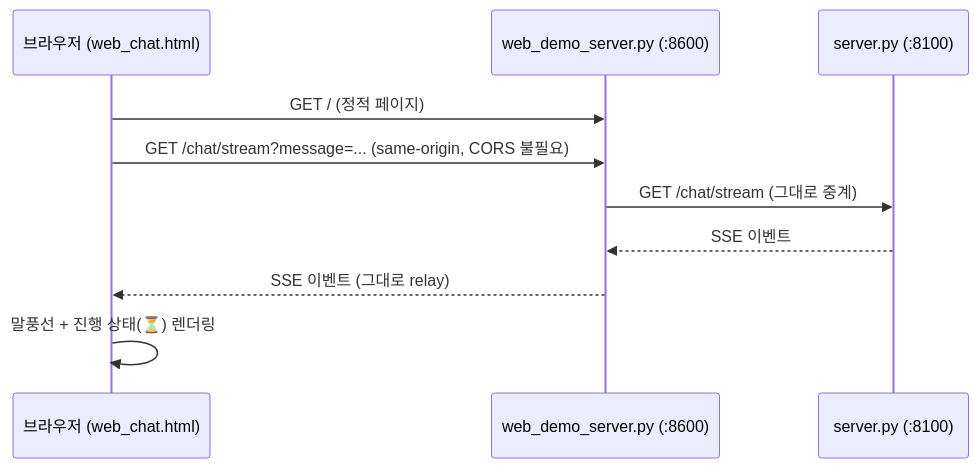
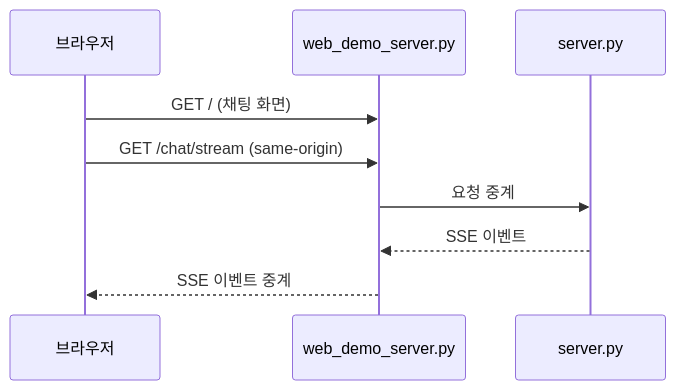
Before and after one commit to InwooLeeme/ai_mini_project: the eighth of 8 diagrams in doc/README.md, drawn with Mermaid. The commit also changed other lines of this file, not shown here.

````diff
--- a/doc/README.md
+++ b/doc/README.md
@@ -215,13 +189,12 @@
 ```mermaid
 sequenceDiagram
-    participant B as 브라우저 (web_chat.html)
-    participant P as web_demo_server.py (:8600)
-    participant S as server.py (:8100)
+    participant B as 브라우저
+    participant P as web_demo_server.py
+    participant S as server.py
 
-    B->>P: GET / (정적 페이지)
-    B->>P: GET /chat/stream?message=... (same-origin, CORS 불필요)
-    P->>S: GET /chat/stream (그대로 중계)
+    B->>P: GET / (채팅 화면)
+    B->>P: GET /chat/stream (same-origin)
+    P->>S: 요청 중계
     S-->>P: SSE 이벤트
-    P-->>B: SSE 이벤트 (그대로 relay)
-    B->>B: 말풍선 + 진행 상태(⏳) 렌더링
+    P-->>B: SSE 이벤트 중계
 ```
````
